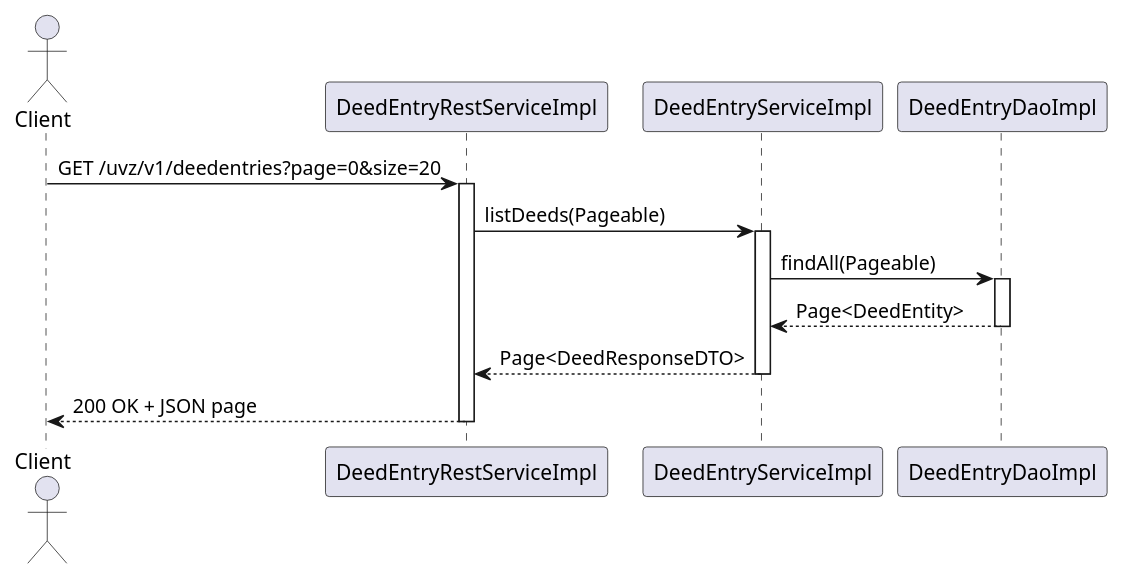
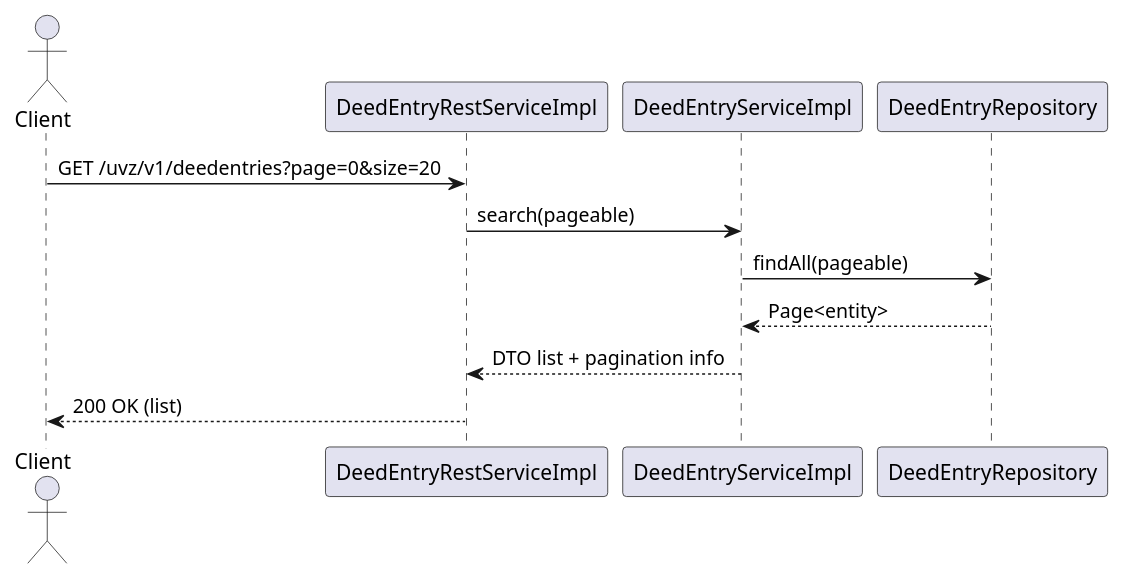
Before and after one commit to aymenmastouri/aicodegencrew: the fifth of 7 diagrams in knowledge/architecture/arc42/06-part1-api-flows.md, drawn with PlantUML. The commit also changed other lines of this file and 28 other files, not shown here.

Commit message:
[aicodegencrew] phase3_architecture_synthesis completed - 2026-02-09 18:15:23

````diff
--- a/knowledge/architecture/arc42/06-part1-api-flows.md
+++ b/knowledge/architecture/arc42/06-part1-api-flows.md
@@ -171,21 +154,15 @@
 ```plantuml
 @startuml
 actor Client
-participant DeedEntryRestServiceImpl as RestCtrl
-participant DeedEntryServiceImpl as Service
-participant DeedEntryDaoImpl as Repo
+participant DeedEntryRestServiceImpl as Ctrl
+participant DeedEntryServiceImpl as Svc
+participant DeedEntryRepository as Repo
 
-Client -> RestCtrl: GET /uvz/v1/deedentries?page=0&size=20
-activate RestCtrl
-RestCtrl -> Service: listDeeds(Pageable)
-activate Service
-Service -> Repo: findAll(Pageable)
-activate Repo
-Repo --> Service: Page<DeedEntity>
-deactivate Repo
-Service --> RestCtrl: Page<DeedResponseDTO>
-deactivate Service
-RestCtrl --> Client: 200 OK + JSON page
-deactivate RestCtrl
+Client -> Ctrl: GET /uvz/v1/deedentries?page=0&size=20
+Ctrl -> Svc: search(pageable)
+Svc -> Repo: findAll(pageable)
+Repo --> Svc: Page<entity>
+Svc --> Ctrl: DTO list + pagination info
+Ctrl --> Client: 200 OK (list)
 @enduml
 ```
````
